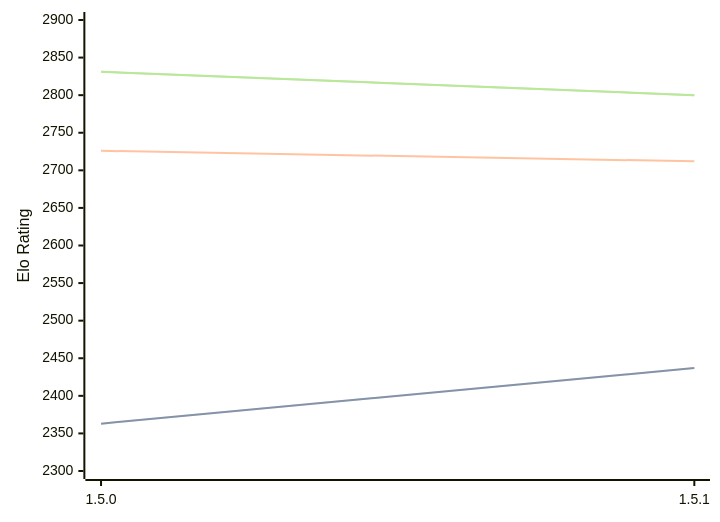
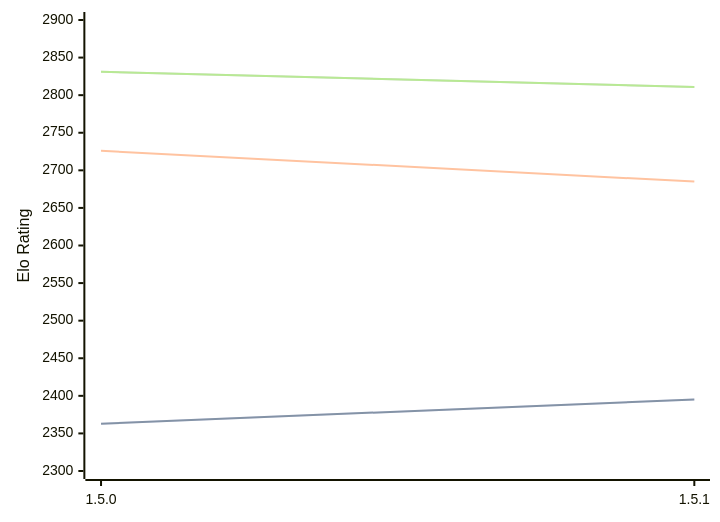
One commit to computer-chess-index/cci changed the diagram in engines/Coco.md. Above: the diagram before and after it, drawn with Mermaid. The commit also changed other lines of this file, not shown here.

Commit message:
Update CCI Ratings (ELO VLTC) - 2026-10-03

````diff
--- a/engines/Coco.md
+++ b/engines/Coco.md
@@ -38,11 +38,11 @@
 ```mermaid
 %%{init: {"theme":"base","themeVariables":{"seriesColors:['#a3a3a3','#222221','#faa371']}}}%%
 xychart-beta
   x-axis ["1.5.0", "1.5.1"]
   y-axis "Elo Rating" 2300 --> 2900
-  line "" [2363, 2437]
-  line "STC (8.0+0.08s)" [2363, 2437]
-  line "LTC (60.0+0.60s)" [2726, 2712]
-  line "" [2831, 2800]
-  line "VLTC (2m24s+1.12s)" [2831, 2800]
+  line "" [2363, 2395]
+  line "STC (8.0+0.08s)" [2363, 2395]
+  line "LTC (60.0+0.60s)" [2726, 2685]
+  line "" [2831, 2811]
+  line "VLTC (2m24s+1.12s)" [2831, 2811]
 ```
````
